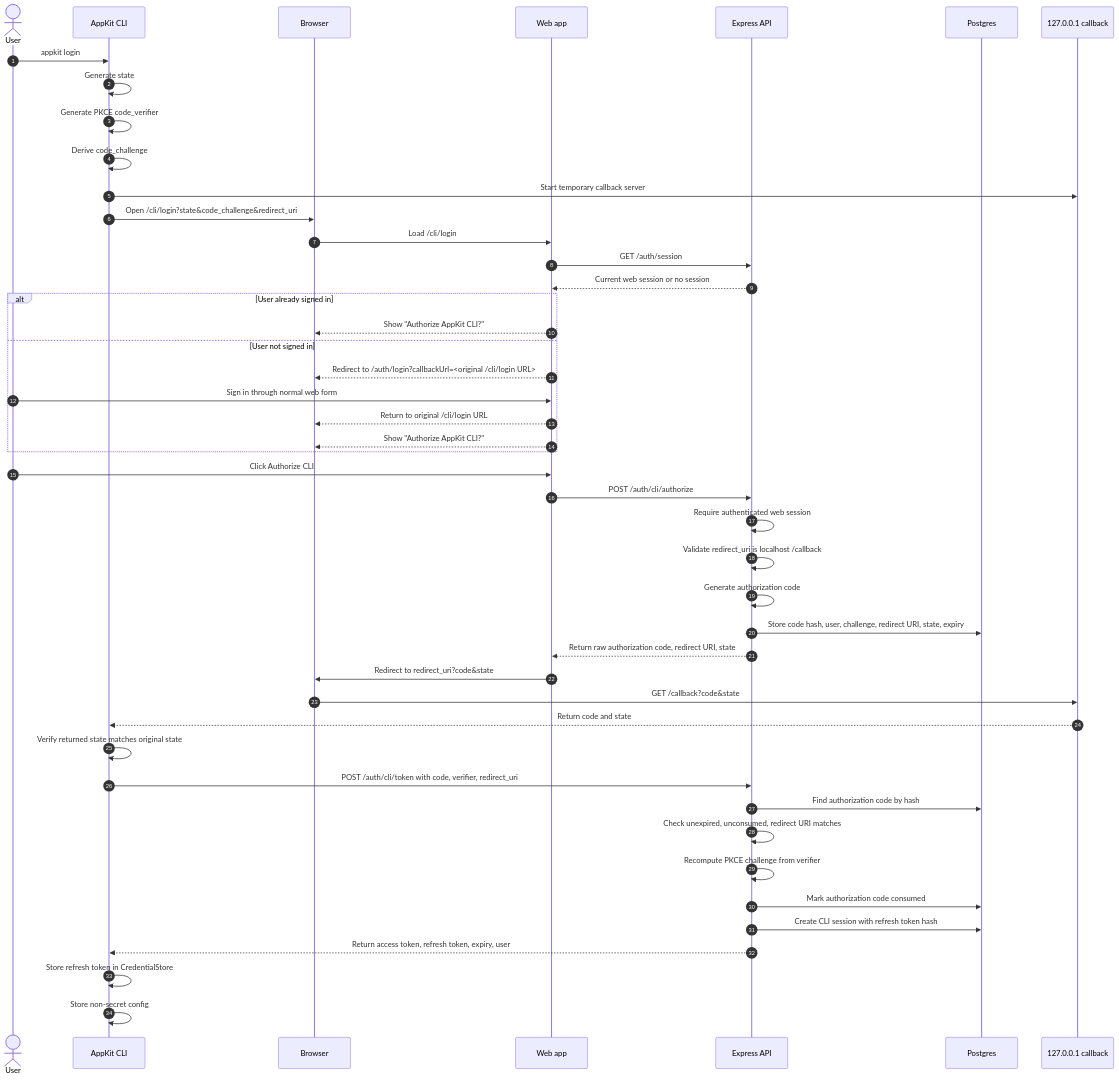
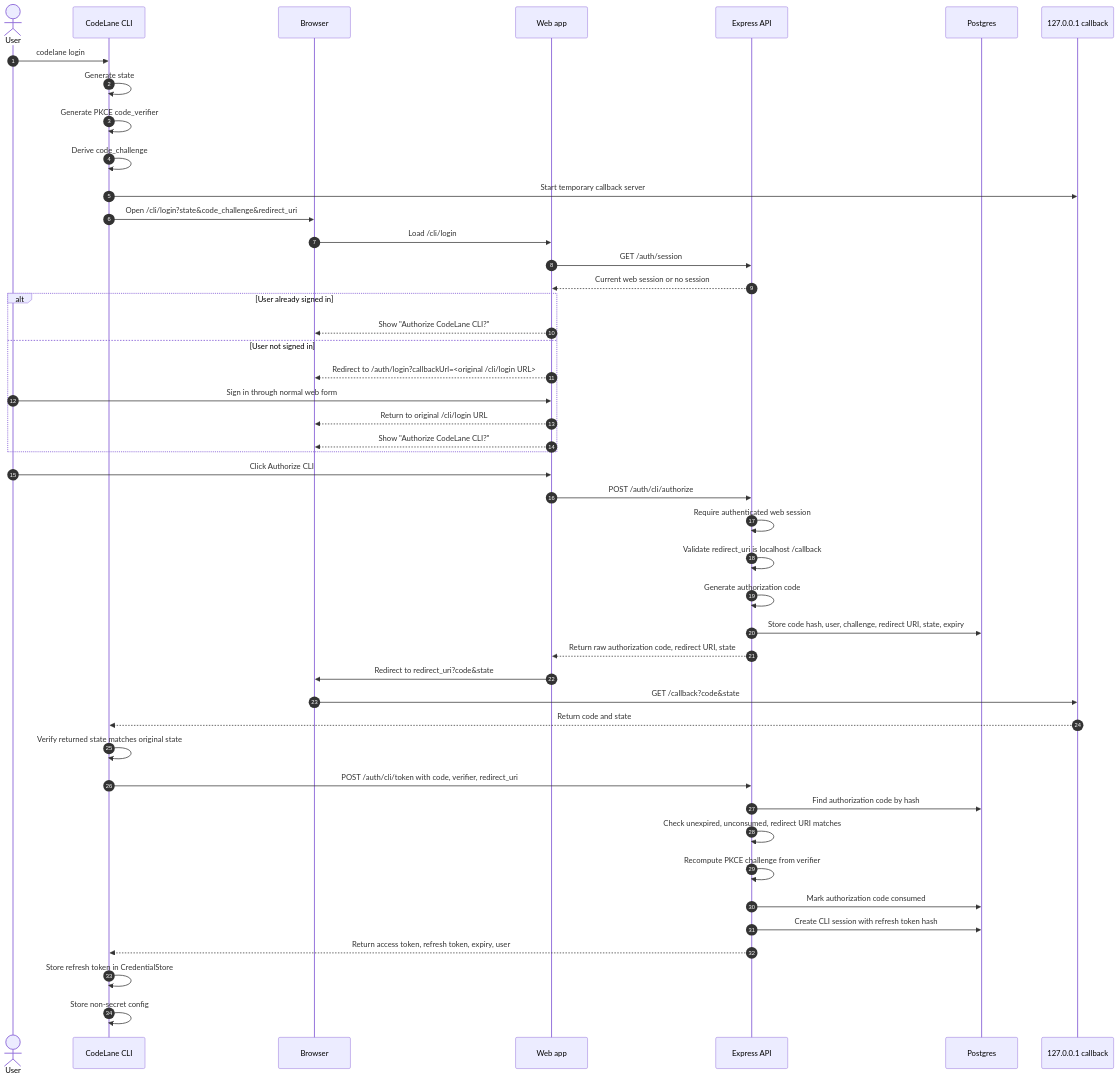
One commit to LucaMezz/codelane changed the second of 6 diagrams in docs/cli-auth.md. Above: the diagram before and after it, drawn with Mermaid. The commit also changed other lines of this file and 96 other files, not shown here.

Commit message:
chore: replace remaining appkit references with codelane

````diff
--- a/docs/cli-auth.md
+++ b/docs/cli-auth.md
@@ -175,51 +175,51 @@
 ```mermaid
 sequenceDiagram
   autonumber
   actor User
-  participant CLI as AppKit CLI
+  participant CLI as CodeLane CLI
   participant Browser as Browser
   participant Web as Web app
   participant API as Express API
   participant DB as Postgres
   participant Loopback as 127.0.0.1 callback
 
-  User->>CLI: appkit login
+  User->>CLI: codelane login
   CLI->>CLI: Generate state
   CLI->>CLI: Generate PKCE code_verifier
   CLI->>CLI: Derive code_challenge
   CLI->>Loopback: Start temporary callback server
   CLI->>Browser: Open /cli/login?state&code_challenge&redirect_uri
   Browser->>Web: Load /cli/login
   Web->>API: GET /auth/session
   API-->>Web: Current web session or no session
 
   alt User already signed in
-    Web-->>Browser: Show "Authorize AppKit CLI?"
+    Web-->>Browser: Show "Authorize CodeLane CLI?"
   else User not signed in
     Web-->>Browser: Redirect to /auth/login?callbackUrl=<original /cli/login URL>
     User->>Web: Sign in through normal web form
     Web-->>Browser: Return to original /cli/login URL
-    Web-->>Browser: Show "Authorize AppKit CLI?"
+    Web-->>Browser: Show "Authorize CodeLane CLI?"
   end
 
   User->>Web: Click Authorize CLI
   Web->>API: POST /auth/cli/authorize
   API->>API: Require authenticated web session
   API->>API: Validate redirect_uri is localhost /callback
   API->>API: Generate authorization code
   API->>DB: Store code hash, user, challenge, redirect URI, state, expiry
   API-->>Web: Return raw authorization code, redirect URI, state
   Web->>Browser: Redirect to redirect_uri?code&state
   Browser->>Loopback: GET /callback?code&state
   Loopback-->>CLI: Return code and state
   CLI->>CLI: Verify returned state matches original state
   CLI->>API: POST /auth/cli/token with code, verifier, redirect_uri
   API->>DB: Find authorization code by hash
   API->>API: Check unexpired, unconsumed, redirect URI matches
   API->>API: Recompute PKCE challenge from verifier
   API->>DB: Mark authorization code consumed
   API->>DB: Create CLI session with refresh token hash
   API-->>CLI: Return access token, refresh token, expiry, user
   CLI->>CLI: Store refresh token in CredentialStore
   CLI->>CLI: Store non-secret config
 ```
````
